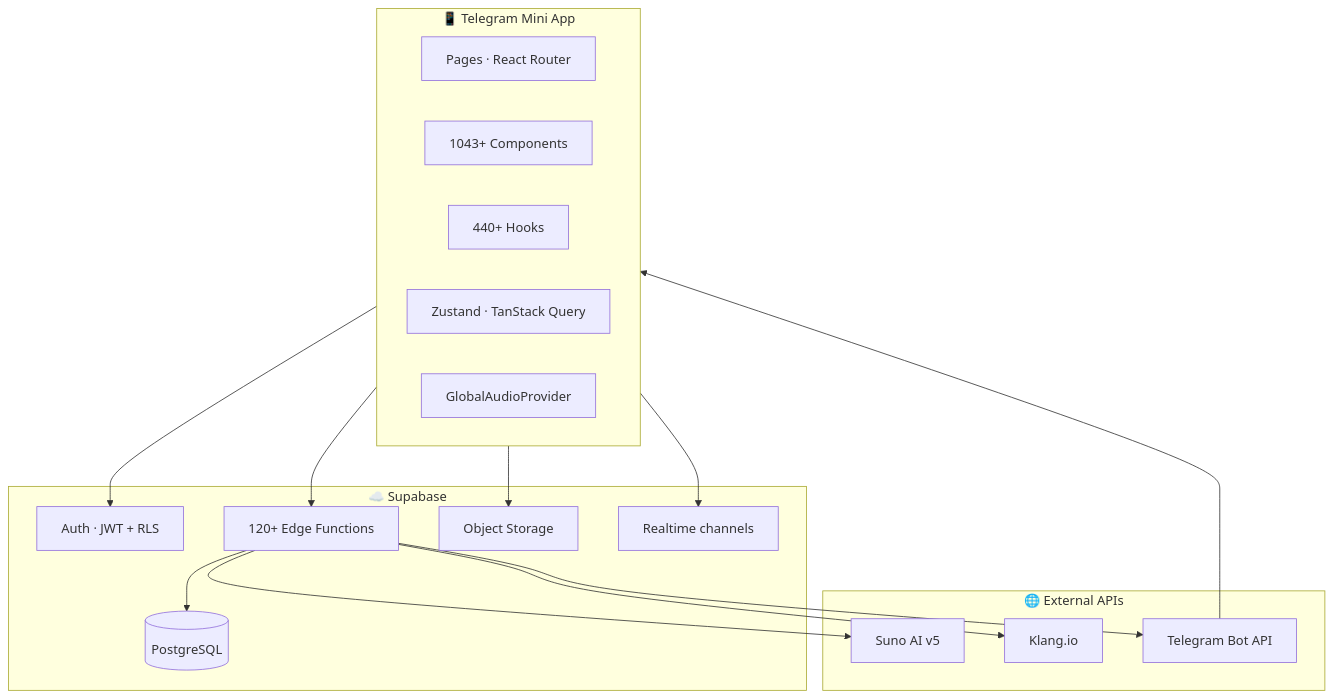
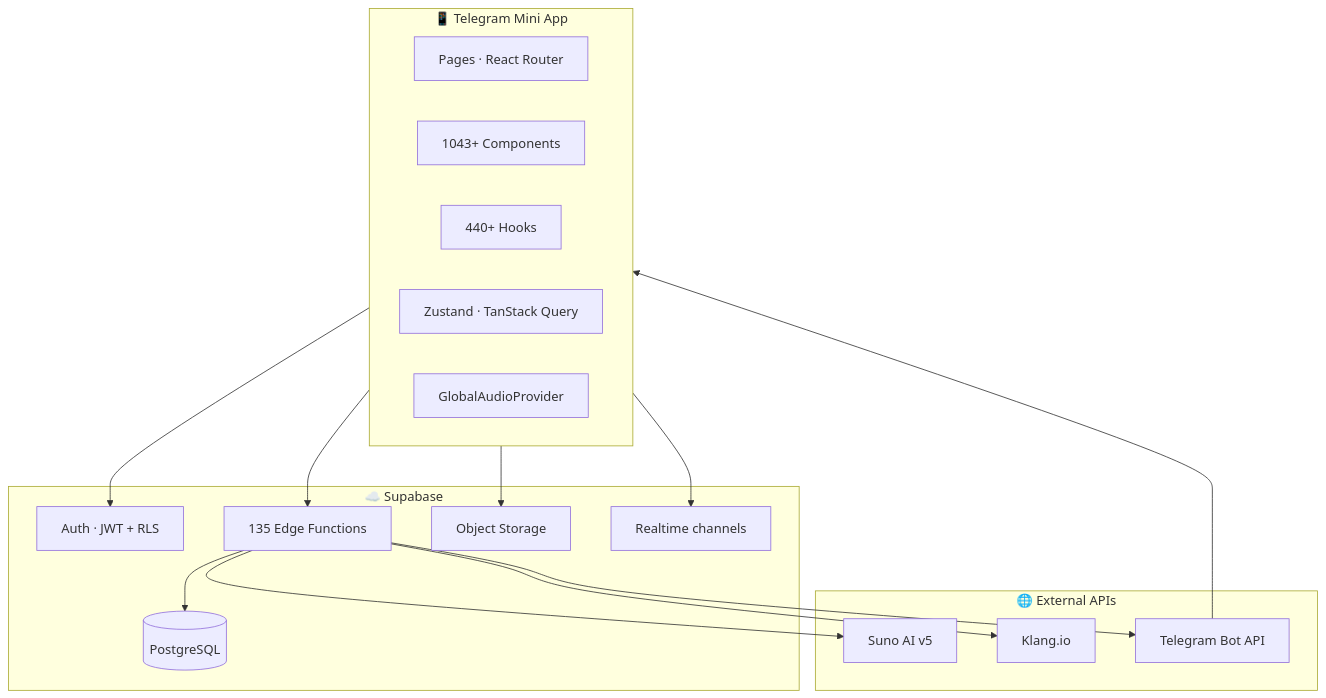
Before and after one commit to HOW2AI-AGENCY/aimusicverse: the first of 4 diagrams in README.md, drawn with Mermaid. The commit also changed other lines of this file and 43 other files, not shown here.

````diff
--- a/README.md
+++ b/README.md
@@ -98,31 +103,31 @@
 ```mermaid
 flowchart TB
     subgraph Client["📱 Telegram Mini App"]
         Pages[Pages · React Router]
         Comps[1043+ Components]
         Hooks[440+ Hooks]
         State[Zustand · TanStack Query]
         Audio[GlobalAudioProvider]
     end
     subgraph Backend["☁️ Supabase"]
         Auth[Auth · JWT + RLS]
         DB[(PostgreSQL)]
-        Edge[120+ Edge Functions]
+        Edge[135 Edge Functions]
         Storage[Object Storage]
         Realtime[Realtime channels]
     end
     subgraph External["🌐 External APIs"]
         Suno[Suno AI v5]
         Klang[Klang.io]
         Bot[Telegram Bot API]
     end
     Client --> Auth
     Client --> Edge
     Client --> Realtime
     Client --> Storage
     Edge --> DB
     Edge --> Suno
     Edge --> Klang
     Edge --> Bot
     Bot --> Client
 ```
````
